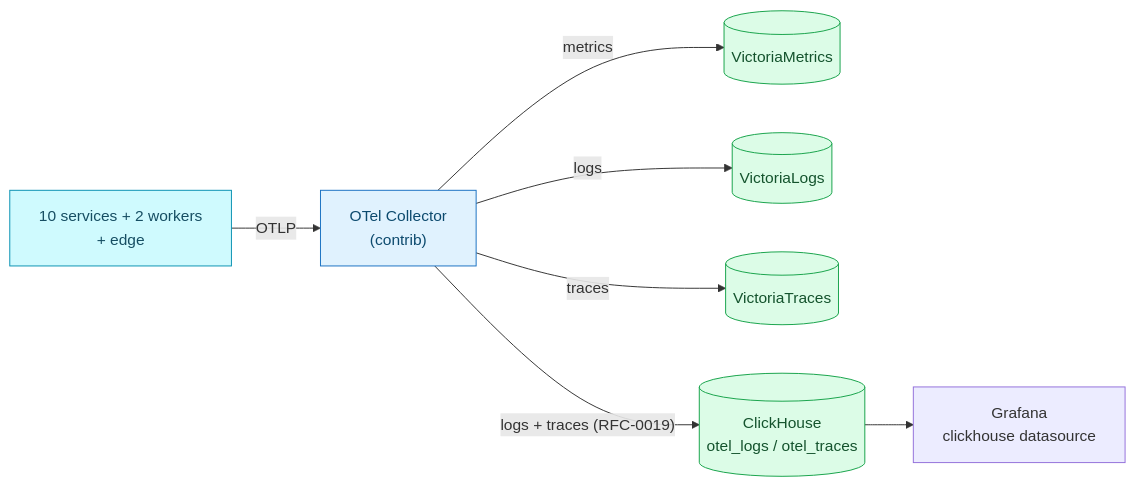
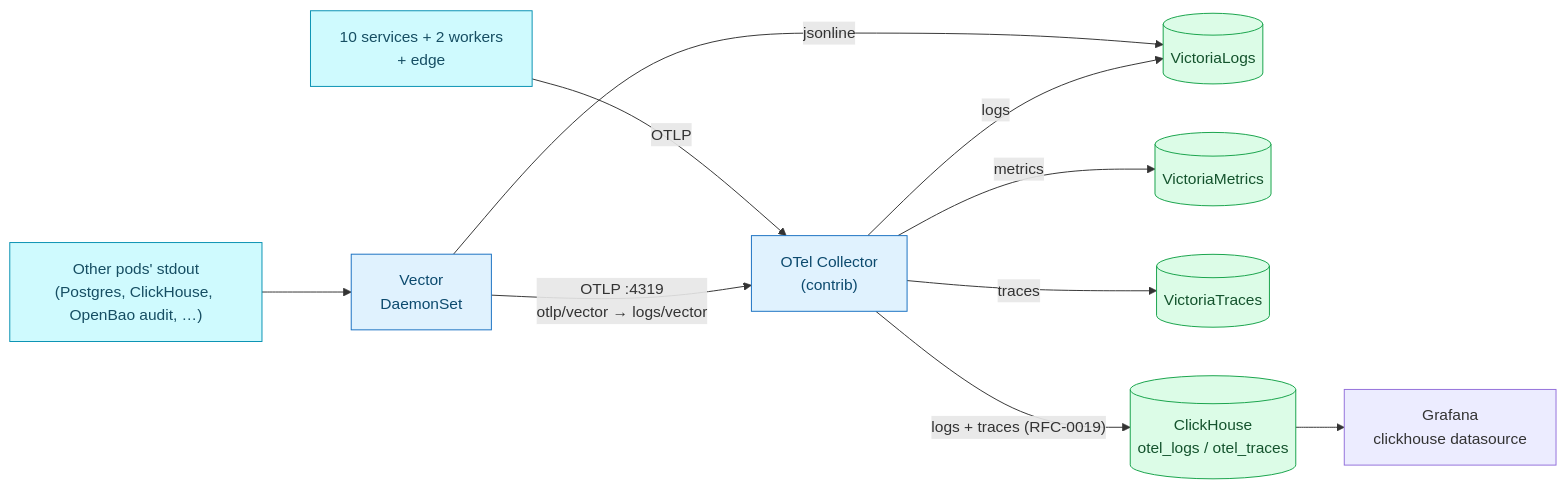
One commit to duynhlab/homelab changed the diagram in docs/observability/clickhouse/README.md. Above: the diagram before and after it, drawn with Mermaid. The commit also changed other lines of this file and 1 other file, not shown here.

````diff
--- a/docs/observability/clickhouse/README.md
+++ b/docs/observability/clickhouse/README.md
@@ -117,16 +117,19 @@
 ```mermaid
 flowchart LR
   Apps["10 services + 2 workers<br/>+ edge"] -->|OTLP| Col["OTel Collector<br/>(contrib)"]
+  Pods["Other pods' stdout<br/>(Postgres, ClickHouse, OpenBao audit, …)"] --> Vec["Vector<br/>DaemonSet"]
+  Vec -->|jsonline| VL
+  Vec -->|"OTLP :4319<br/>otlp/vector → logs/vector"| Col
   Col -->|metrics| VM[("VictoriaMetrics")]
   Col -->|logs| VL[("VictoriaLogs")]
   Col -->|traces| VT[("VictoriaTraces")]
   Col -->|"logs + traces (RFC-0019)"| CH[("ClickHouse<br/>otel_logs / otel_traces")]
   CH --> Graf["Grafana<br/>clickhouse datasource"]
 
   classDef service fill:#cffafe,color:#164e63,stroke:#0891b2;
   classDef data fill:#dcfce7,color:#14532d,stroke:#16a34a;
   classDef collector fill:#e0f2fe,color:#0c4a6e,stroke:#1971c2;
-  class Apps service;
-  class Col collector;
+  class Apps,Pods service;
+  class Col,Vec collector;
   class VM,VL,VT,CH data;
 ```
````
